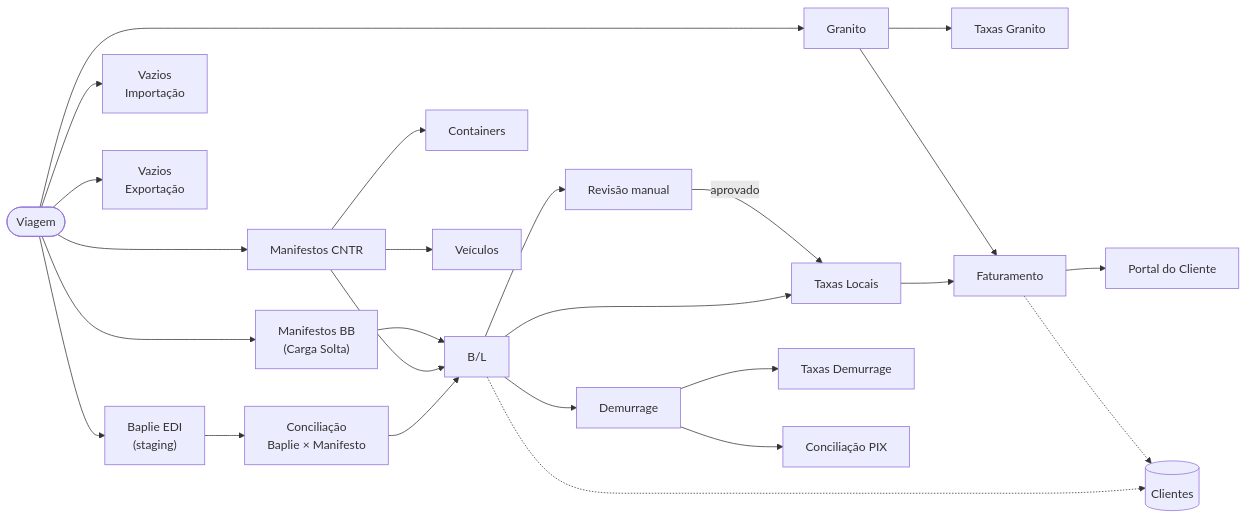
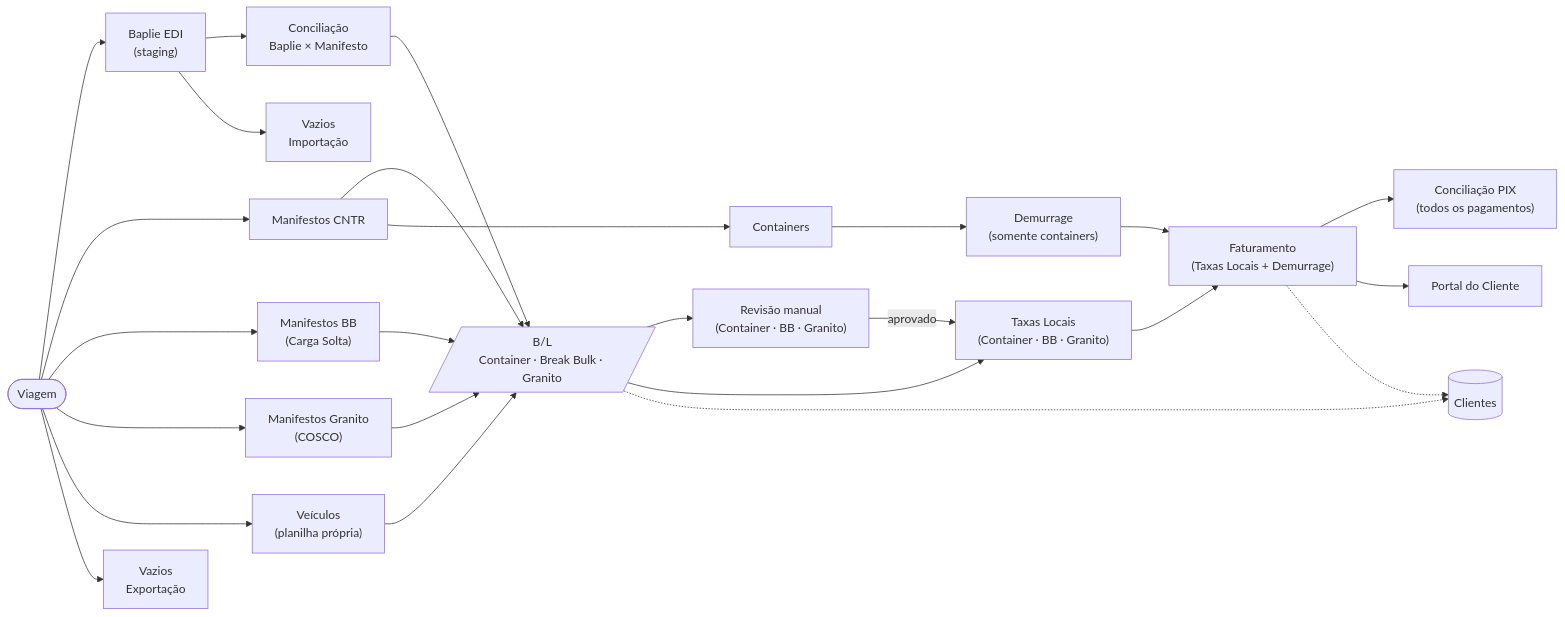
The first of 2 diagrams in docs/ARCHITECTURE.md (luccafwlog/transhippingdesk), drawn with Mermaid before and after one commit. The commit also changed other lines of this file and 9 other files, not shown here.

````diff
--- a/docs/ARCHITECTURE.md
+++ b/docs/ARCHITECTURE.md
@@ -12,45 +13,52 @@
 ```mermaid
 flowchart LR
     Viagem(["Viagem"])
 
-    %% Alimentação de dados EDI
-    Viagem --> BaplieEDI["Baplie EDI\n(staging)"]
-    BaplieEDI --> ConcilBaplie["Conciliação\nBaplie × Manifesto"]
-    ConcilBaplie --> BL
+    %% Alimentação de dados
+    Viagem --> BaplieEDI["Baplie EDI<br/>(staging)"]
+    BaplieEDI --> ConcilBaplie["Conciliação<br/>Baplie × Manifesto"]
+    BaplieEDI --> VaziosIMP["Vazios<br/>Importação"]
 
-    %% Manifestos → B/L
     Viagem --> ManifCNTR["Manifestos CNTR"]
-    Viagem --> ManifBB["Manifestos BB\n(Carga Solta)"]
-    ManifCNTR --> BL["B/L"]
+    Viagem --> ManifBB["Manifestos BB<br/>(Carga Solta)"]
+    Viagem --> ManifGranito["Manifestos Granito<br/>(COSCO)"]
+
+    %% Veículos: planilha própria, ligados ao B/L
+    Viagem --> Veiculos["Veículos<br/>(planilha própria)"]
+
+    %% Tudo converge em B/Ls (3 tipos)
+    ConcilBaplie --> BL[/"B/L<br/>Container · Break Bulk · Granito"/]
+    ManifCNTR --> BL
     ManifBB --> BL
+    ManifGranito --> BL
+    Veiculos --> BL
+
+    %% Containers extraídos do manifesto CNTR
     ManifCNTR --> Containers["Containers"]
-    ManifCNTR --> Veiculos["Veículos"]
 
-    %% Fluxo operacional do B/L
-    BL --> Revisao["Revisão manual"]
-    BL --> TaxasLocais["Taxas Locais"]
+    %% Fluxo operacional unificado sobre B/Ls
+    BL --> Revisao["Revisão manual<br/>(Container · BB · Granito)"]
+    BL --> TaxasLocais["Taxas Locais<br/>(Container · BB · Granito)"]
     Revisao -- aprovado --> TaxasLocais
-    BL --> Demurrage["Demurrage"]
 
-    %% Módulos de vazios (independentes)
-    Viagem --> VaziosIMP["Vazios\nImportação"]
-    Viagem --> VaziosEXP["Vazios\nExportação"]
+    %% Demurrage: só containers e seus B/Ls
+    Containers --> Demurrage["Demurrage<br/>(somente containers)"]
 
-    %% Granito (fluxo próprio de exportação COSCO)
-    Viagem --> Granito["Granito"]
-    Granito --> GranitoTaxas["Taxas Granito"]
+    %% Vazios Exportação (planilha própria por Viagem)
+    Viagem --> VaziosEXP["Vazios<br/>Exportação"]
 
-    %% Financeiro
-    TaxasLocais --> Faturamento["Faturamento"]
-    Granito --> Faturamento
-    Demurrage --> DemurrageTaxas["Taxas Demurrage"]
-    Demurrage --> ConcilPIX["Conciliação PIX"]
+    %% Financeiro unificado
+    TaxasLocais --> Faturamento["Faturamento<br/>(Taxas Locais + Demurrage)"]
+    Demurrage --> Faturamento
+
+    %% PIX reconcilia tudo
+    Faturamento --> ConcilPIX["Conciliação PIX<br/>(todos os pagamentos)"]
 
     %% Destino final
     Faturamento --> Portal["Portal do Cliente"]
 
-    %% Módulo de clientes (gestão, não destino)
+    %% Módulo de clientes (gestão, relacionamento)
     Clientes[("Clientes")]
     BL -.-> Clientes
     Faturamento -.-> Clientes
 ```
````
